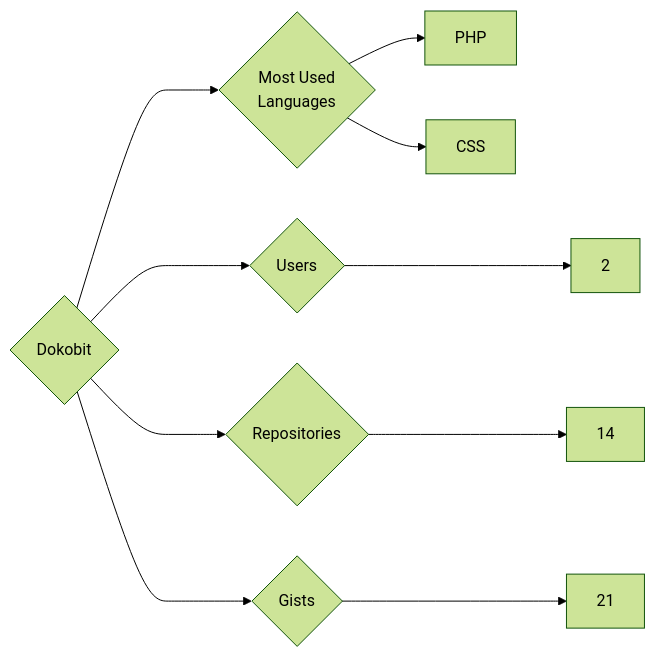
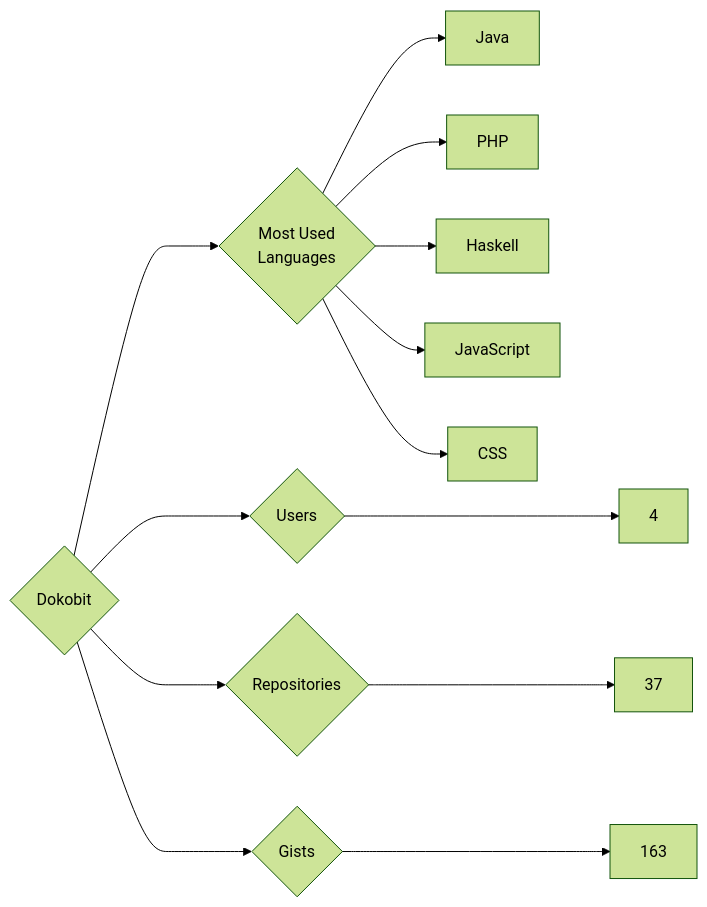
One commit to trickest/insiders changed the diagram in targets/Dokobit/README.md. Above: the diagram before and after it, drawn with Mermaid (forest theme). The commit also changed 930 other files, not shown here.

````diff
--- a/targets/Dokobit/README.md
+++ b/targets/Dokobit/README.md
@@ -3,10 +3,13 @@
 ```mermaid
 graph LR
 COMPANY_NAME{Dokobit}
-COMPANY_NAME ---> U{Users} ---> UN[2]
-COMPANY_NAME ---> R{Repositories} ---> RN[14]
-COMPANY_NAME ---> G{Gists} ---> GN[21]
+COMPANY_NAME ---> U{Users} ---> UN[4]
+COMPANY_NAME ---> R{Repositories} ---> RN[37]
+COMPANY_NAME ---> G{Gists} ---> GN[163]
 COMPANY_NAME ---> ML{Most Used<br>Languages}
+ML --> Java[Java]
 ML --> PHP[PHP]
+ML --> Haskell[Haskell]
+ML --> JavaScript[JavaScript]
 ML --> CSS[CSS]
 ```
````
